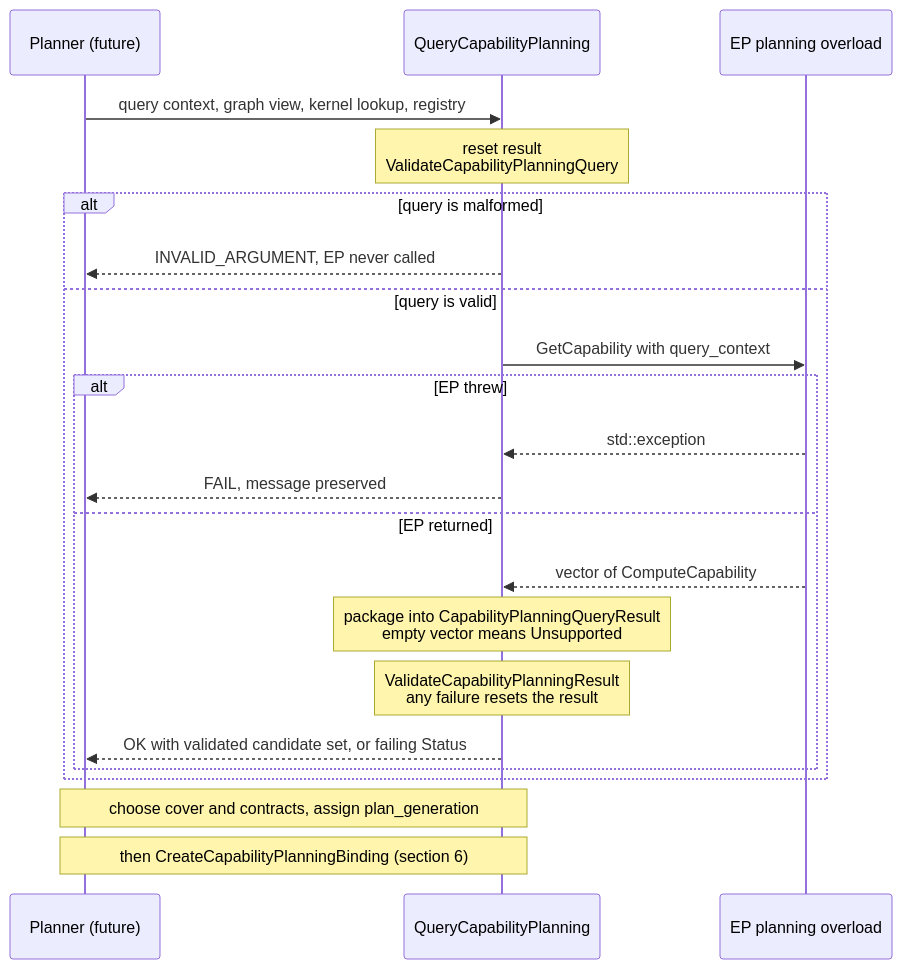
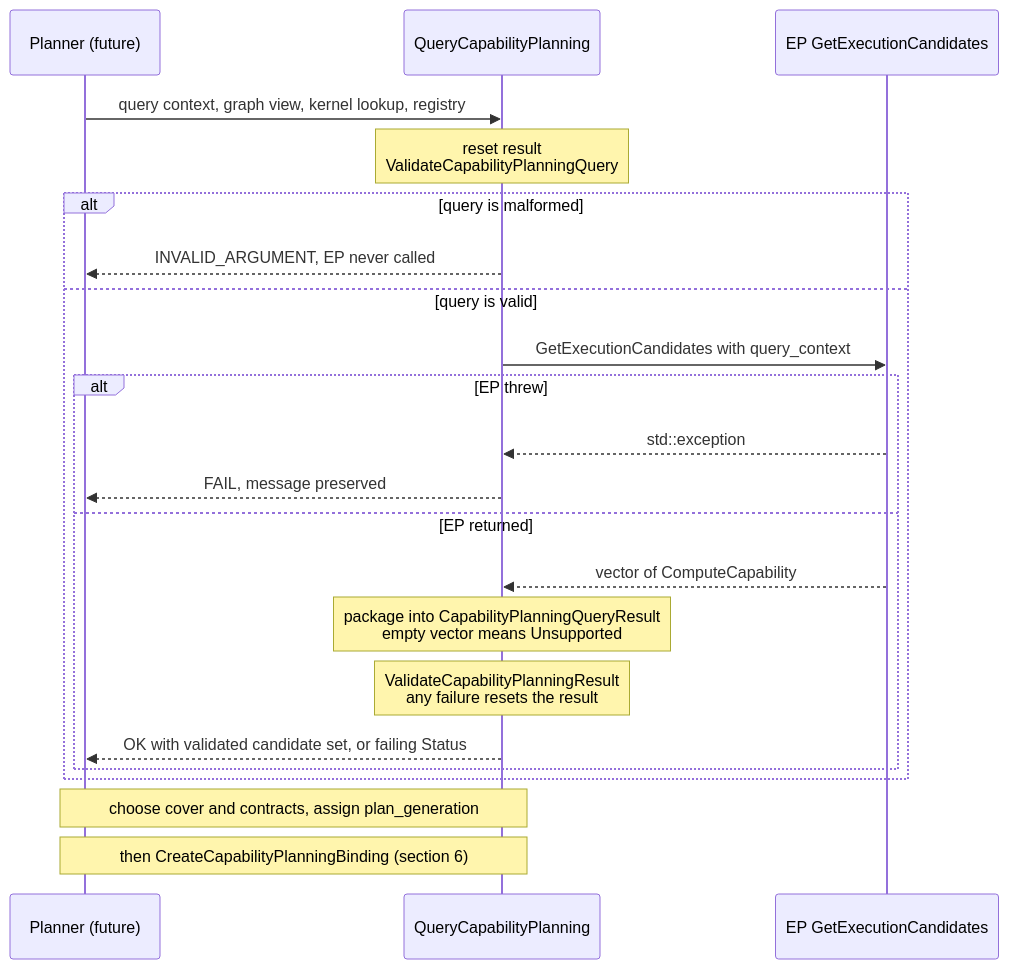
Before and after one commit to microsoft/onnxruntime: the third of 7 diagrams in docs/annotated_partitioning/capability_planning_interfaces.md, drawn with Mermaid. The commit also changed other lines of this file and 1 other file, not shown here.

````diff
--- a/docs/annotated_partitioning/capability_planning_interfaces.md
+++ b/docs/annotated_partitioning/capability_planning_interfaces.md
@@ -463,25 +456,25 @@
 ```mermaid
 sequenceDiagram
   participant P as Planner (future)
   participant D as QueryCapabilityPlanning
-  participant E as EP planning overload
+  participant E as EP GetExecutionCandidates
 
   P->>D: query context, graph view, kernel lookup, registry
   Note over D: reset result<br/>ValidateCapabilityPlanningQuery
   alt query is malformed
     D-->>P: INVALID_ARGUMENT, EP never called
   else query is valid
-    D->>E: GetCapability with query_context
+    D->>E: GetExecutionCandidates with query_context
     alt EP threw
       E-->>D: std::exception
       D-->>P: FAIL, message preserved
     else EP returned
       E-->>D: vector of ComputeCapability
       Note over D: package into CapabilityPlanningQueryResult<br/>empty vector means Unsupported
       Note over D: ValidateCapabilityPlanningResult<br/>any failure resets the result
       D-->>P: OK with validated candidate set, or failing Status
     end
   end
   Note over P,D: choose cover and contracts, assign plan_generation
   Note over P,D: then CreateCapabilityPlanningBinding (section 6)
 ```
````
